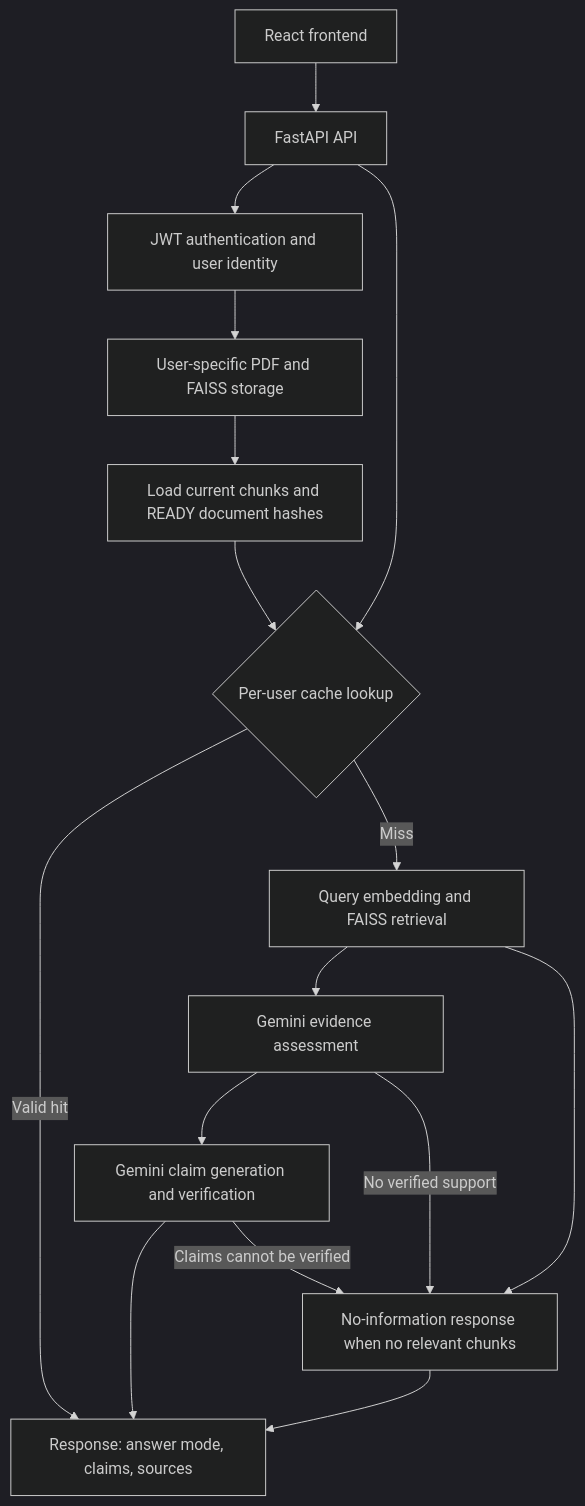
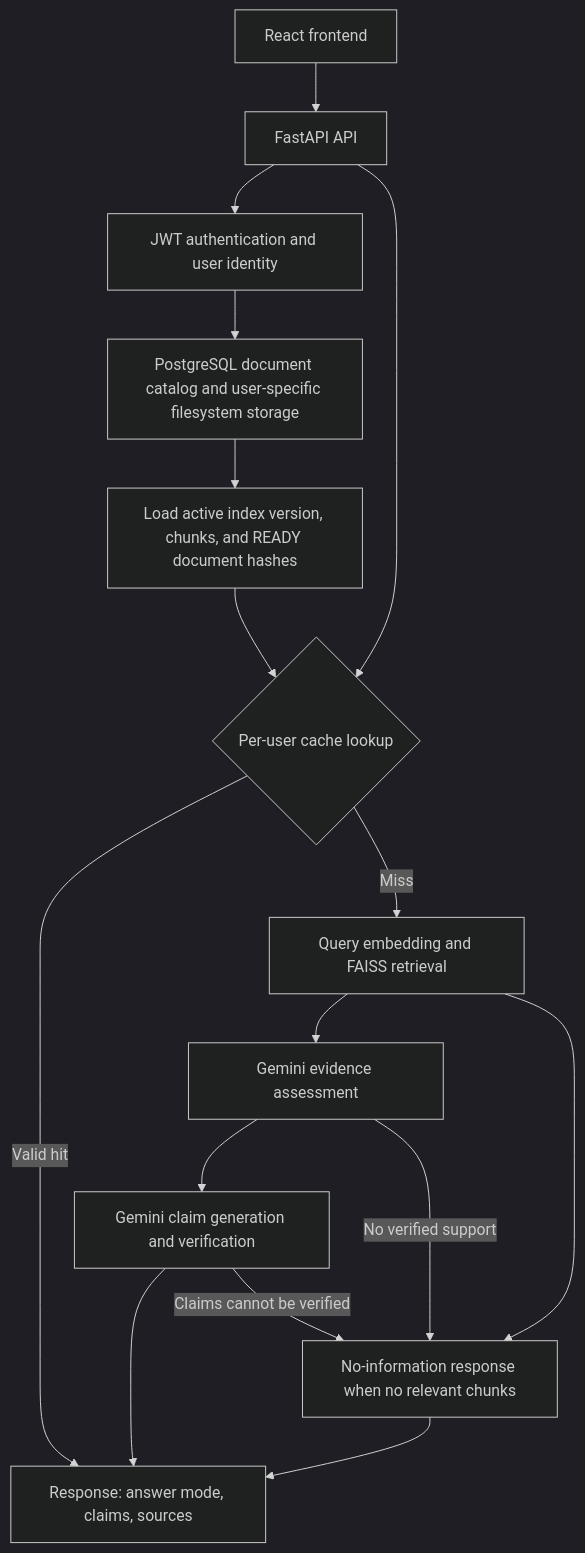
The first of 2 diagrams in README-technical.md (udayankar/Personalized-AI-Learning-Assistant), drawn with Mermaid (dark theme) before and after one commit. The commit also changed other lines of this file and 15 other files, not shown here.

````diff
--- a/README-technical.md
+++ b/README-technical.md
@@ -155,18 +158,18 @@
 ```mermaid
 flowchart TD
     A[React frontend] --> B[FastAPI API]
     B --> C[JWT authentication and user identity]
-    C --> D[User-specific PDF and FAISS storage]
-    D --> E[Load current chunks and READY document hashes]
+    C --> D[PostgreSQL document catalog and user-specific filesystem storage]
+    D --> E[Load active index version, chunks, and READY document hashes]
     B --> F{Per-user cache lookup}
     E --> F
     F -->|Valid hit| K[Response: answer mode, claims, sources]
     F -->|Miss| G[Query embedding and FAISS retrieval]
     G --> H[Gemini evidence assessment]
     H --> I[Gemini claim generation and verification]
     I --> K
     G --> J[No-information response when no relevant chunks]
     H -->|No verified support| J
     I -->|Claims cannot be verified| J
     J --> K
 ```
````
